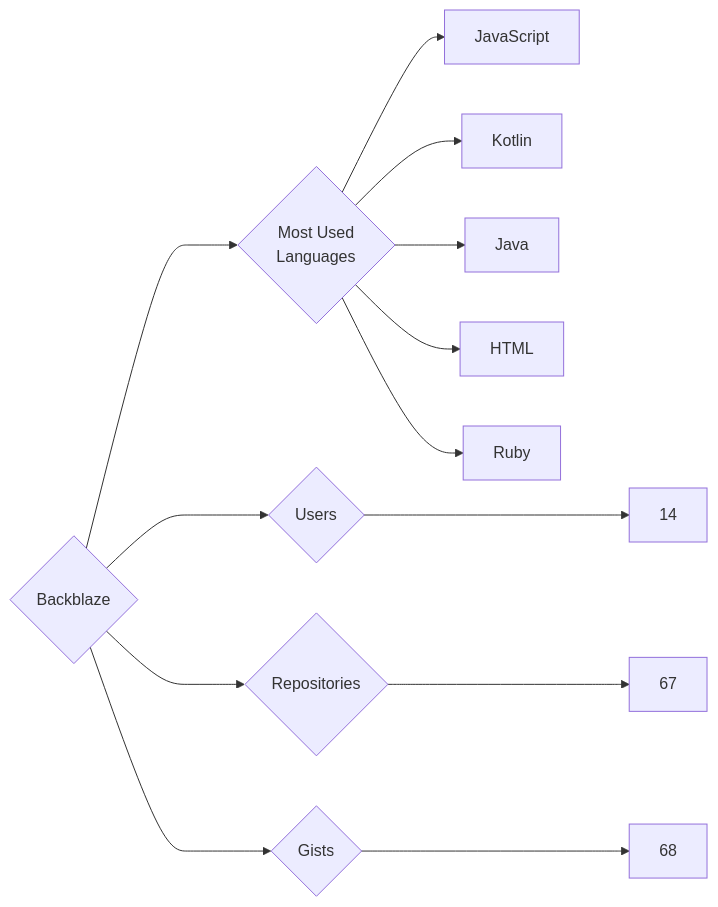
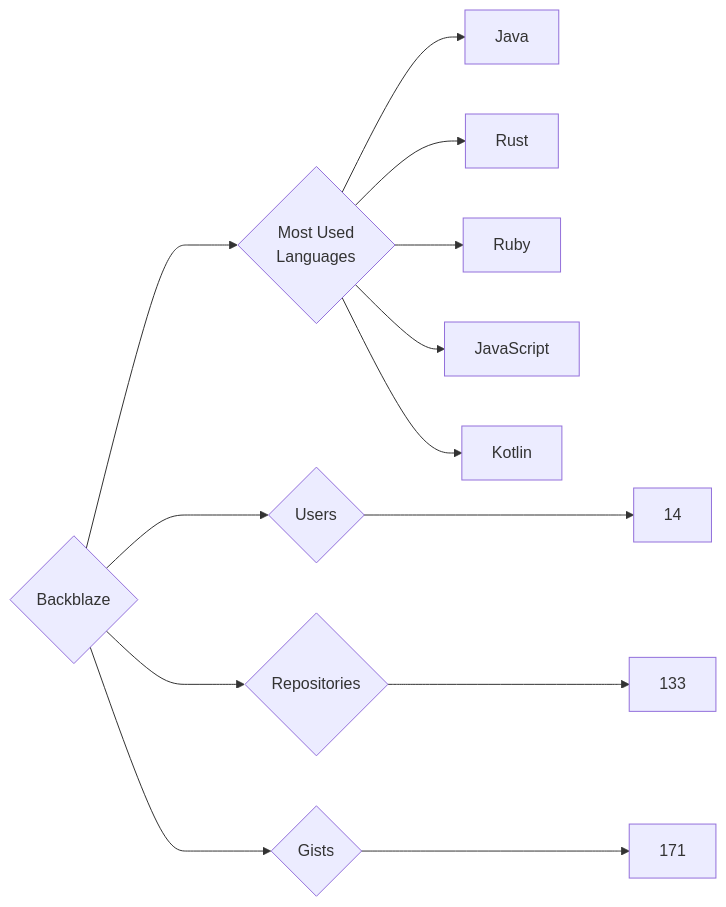
The diagram in targets/Backblaze/README.md (trickest/insiders), drawn with Mermaid before and after one commit. The commit also changed 924 other files, not shown here.

````diff
--- a/targets/Backblaze/README.md
+++ b/targets/Backblaze/README.md
@@ -3,13 +3,13 @@
 ```mermaid
 graph LR
 COMPANY_NAME{Backblaze}
 COMPANY_NAME ---> U{Users} ---> UN[14]
-COMPANY_NAME ---> R{Repositories} ---> RN[67]
-COMPANY_NAME ---> G{Gists} ---> GN[68]
+COMPANY_NAME ---> R{Repositories} ---> RN[133]
+COMPANY_NAME ---> G{Gists} ---> GN[171]
 COMPANY_NAME ---> ML{Most Used<br>Languages}
+ML --> Java[Java]
+ML --> Rust[Rust]
+ML --> Ruby[Ruby]
 ML --> JavaScript[JavaScript]
 ML --> Kotlin[Kotlin]
-ML --> Java[Java]
-ML --> HTML[HTML]
-ML --> Ruby[Ruby]
 ```
````
